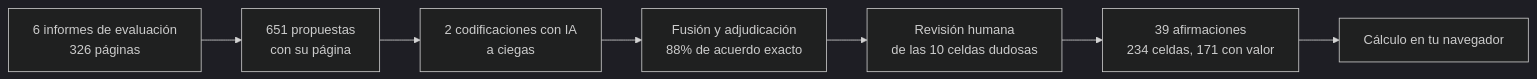
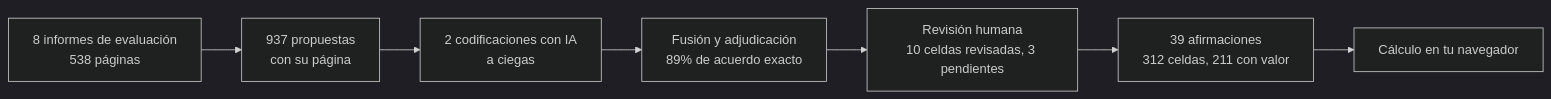
One commit to eherrerosj/voyvotando changed the diagram in README.md. Above: the diagram before and after it, drawn with Mermaid (dark theme). The commit also changed other lines of this file and 54 other files, not shown here.

````diff
--- a/README.md
+++ b/README.md
@@ -74,9 +74,9 @@
 ```mermaid
 flowchart LR
-  A["6 informes de evaluación<br>326 páginas"] --> B["651 propuestas<br>con su página"]
+  A["8 informes de evaluación<br>538 páginas"] --> B["937 propuestas<br>con su página"]
   B --> C["2 codificaciones con IA<br>a ciegas"]
-  C --> D["Fusión y adjudicación<br>88% de acuerdo exacto"]
-  D --> E["Revisión humana<br>de las 10 celdas dudosas"]
-  E --> F["39 afirmaciones<br>234 celdas, 171 con valor"]
+  C --> D["Fusión y adjudicación<br>89% de acuerdo exacto"]
+  D --> E["Revisión humana<br>10 celdas revisadas, 3 pendientes"]
+  E --> F["39 afirmaciones<br>312 celdas, 211 con valor"]
   F --> G["Cálculo en tu navegador"]
 ```
````
